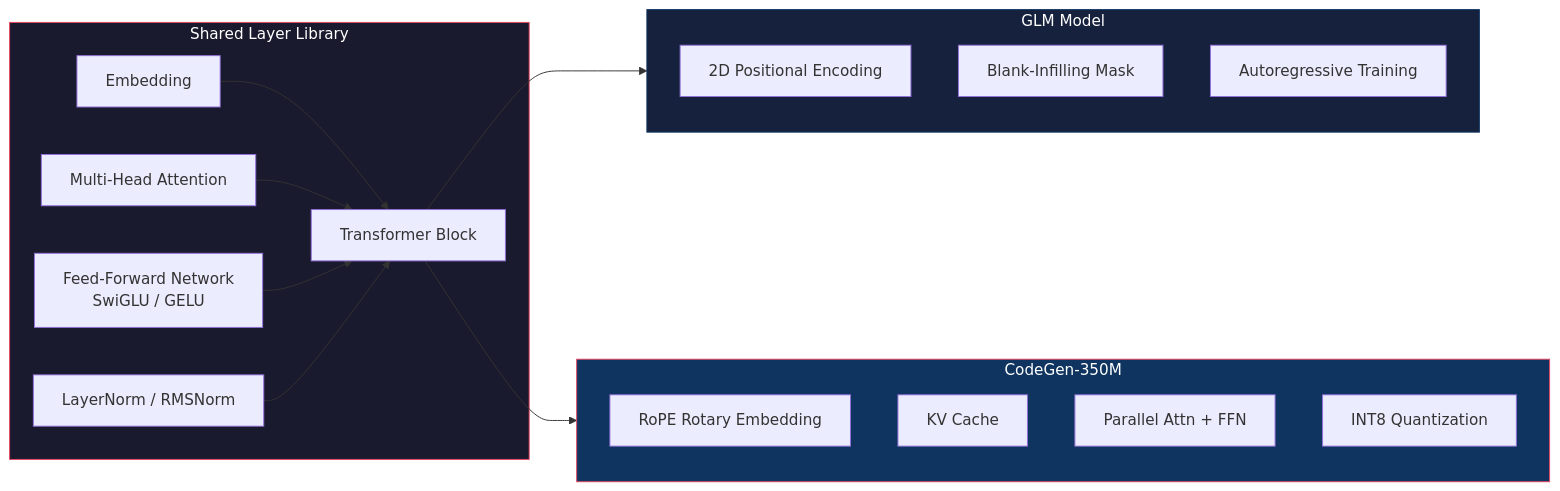
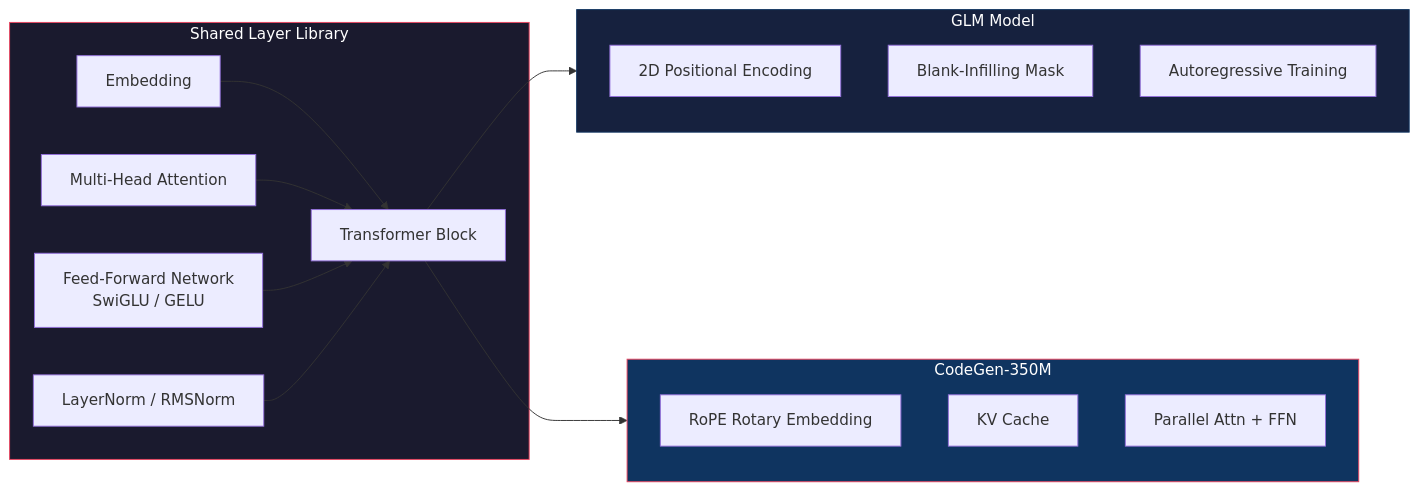
Before and after one commit to Ayyankhan101/Transformer-In-Rust: the first of 6 diagrams in README.md, drawn with Mermaid. The commit also changed other lines of this file and 36 other files, not shown here.

````diff
--- a/README.md
+++ b/README.md
@@ -32,35 +32,34 @@
 ```mermaid
 graph LR
     subgraph Shared["Shared Layer Library"]
         E[Embedding]
         MHA[Multi-Head Attention]
         FFN[Feed-Forward Network<br/>SwiGLU / GELU]
         LN[LayerNorm / RMSNorm]
         TB[Transformer Block]
     end
 
     subgraph GLM["GLM Model"]
         G1[2D Positional Encoding]
         G2[Blank-Infilling Mask]
         G3[Autoregressive Training]
     end
 
     subgraph CodeGen["CodeGen-350M"]
         C1[RoPE Rotary Embedding]
         C2[KV Cache]
         C3[Parallel Attn + FFN]
-        C4[INT8 Quantization]
     end
 
     E --> TB
     MHA --> TB
     FFN --> TB
     LN --> TB
 
     TB --> GLM
     TB --> CodeGen
 
     style Shared fill:#1a1a2e,stroke:#e94560,color:#fff
     style GLM fill:#16213e,stroke:#0f3460,color:#fff
     style CodeGen fill:#0f3460,stroke:#e94560,color:#fff
 ```
````
